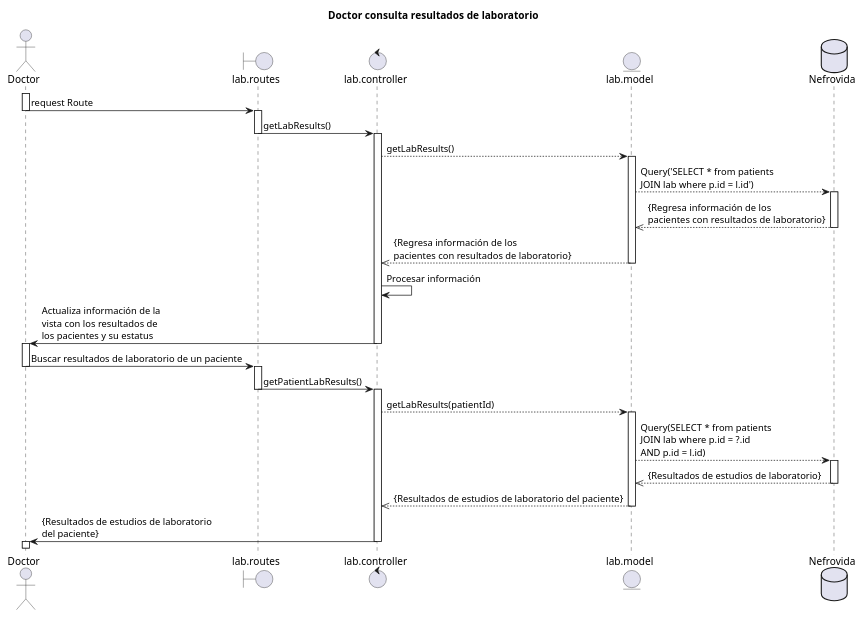
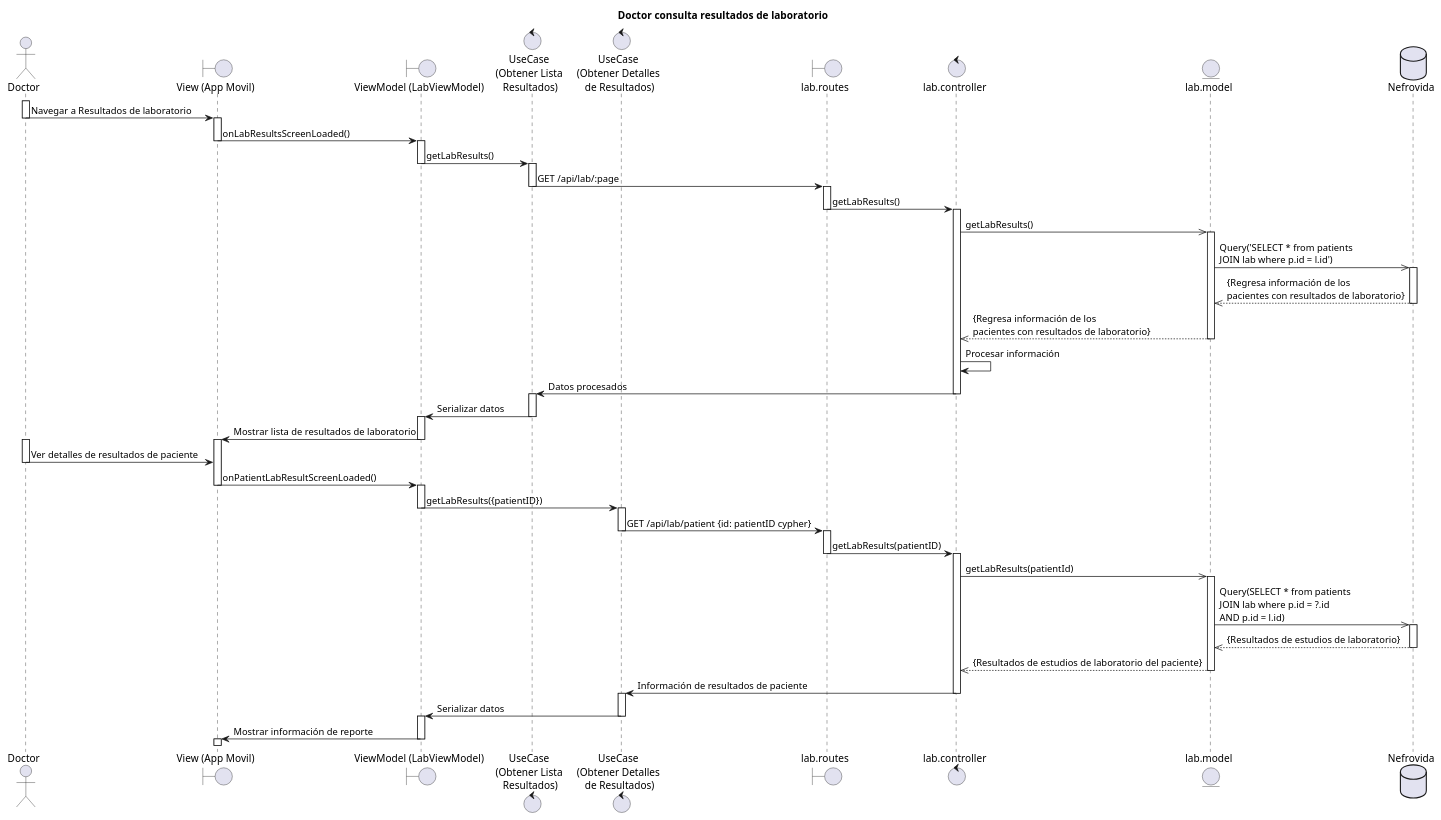
Before and after one commit to Nefrovida/Documentacion: the diagram in Laboratorio/secuencia/6-secuencia-doctorConsultaResultadosLab.puml, drawn with PlantUML.

```diff
--- a/Laboratorio/secuencia/6-secuencia-doctorConsultaResultadosLab.puml
+++ b/Laboratorio/secuencia/6-secuencia-doctorConsultaResultadosLab.puml
@@ -1,31 +1,46 @@
 @startuml DoctorConsultaResultadosDeLaboratorio
 title Doctor consulta resultados de laboratorio
 
 actor Doctor as doc
+boundary "View (App Movil)" as vw
+boundary "ViewModel (LabViewModel)" as vm
+control "UseCase \n(Obtener Lista \nResultados)" as uCL
+control "UseCase \n(Obtener Detalles \nde Resultados)" as uCD
 boundary lab.routes as rt
 control lab.controller as ct
 entity lab.model as md
 database Nefrovida as db
 
 ' Buscar historiales de pacientes
 doc ++
-doc -> rt --++ : request Route
+doc -> vw --++ : Navegar a Resultados de laboratorio
+vw -> vm --++ : onLabResultsScreenLoaded()
+vm -> uCL --++ : getLabResults()
+uCL -> rt --++ : GET /api/lab/:page
 rt -> ct --++ : getLabResults()
-ct --> md  ++ : getLabResults()
-md --> db ++ : Query('SELECT * from patients \nJOIN lab where p.id = l.id')
+ct ->> md  ++ : getLabResults()
+md ->> db ++ : Query('SELECT * from patients \nJOIN lab where p.id = l.id')
 db -->> md -- : {Regresa información de los \npacientes con resultados de laboratorio}
 md -->> ct -- : {Regresa información de los \npacientes con resultados de laboratorio}
 ct -> ct : Procesar información
-ct -> doc --++: Actualiza información de la \nvista con los resultados de \nlos pacientes y su estatus
+ct -> uCL --++: Datos procesados
+uCL -> vm --++ : Serializar datos
+vm -> vw --++ : Mostrar lista de resultados de laboratorio
 
 ' Abrir resultados de laboratorio de paciente particular
-doc -> rt --++: Buscar resultados de laboratorio de un paciente
-rt -> ct --++: getPatientLabResults()
-ct --> md ++: getLabResults(patientId)
-md --> db ++: Query(SELECT * from patients \nJOIN lab where p.id = ?.id \nAND p.id = l.id) 
+activate doc
+doc -> vw --: Ver detalles de resultados de paciente
+vw -> vm --++: onPatientLabResultScreenLoaded()
+vm -> uCD --++: getLabResults({patientID})
+uCD -> rt --++: GET /api/lab/patient {id: patientID cypher}
+rt -> ct --++: getLabResults(patientID)
+ct ->> md ++: getLabResults(patientId)
+md ->> db ++: Query(SELECT * from patients \nJOIN lab where p.id = ?.id \nAND p.id = l.id) 
 db -->> md --: {Resultados de estudios de laboratorio}
 md -->> ct --: {Resultados de estudios de laboratorio del paciente}
-ct -> doc --++: {Resultados de estudios de laboratorio \ndel paciente}
-
+ct -> uCD --++: Información de resultados de paciente
+uCD -> vm --++ : Serializar datos
+vm -> vw --++ : Mostrar información de reporte
+deactivate doc
 
 @enduml
```
